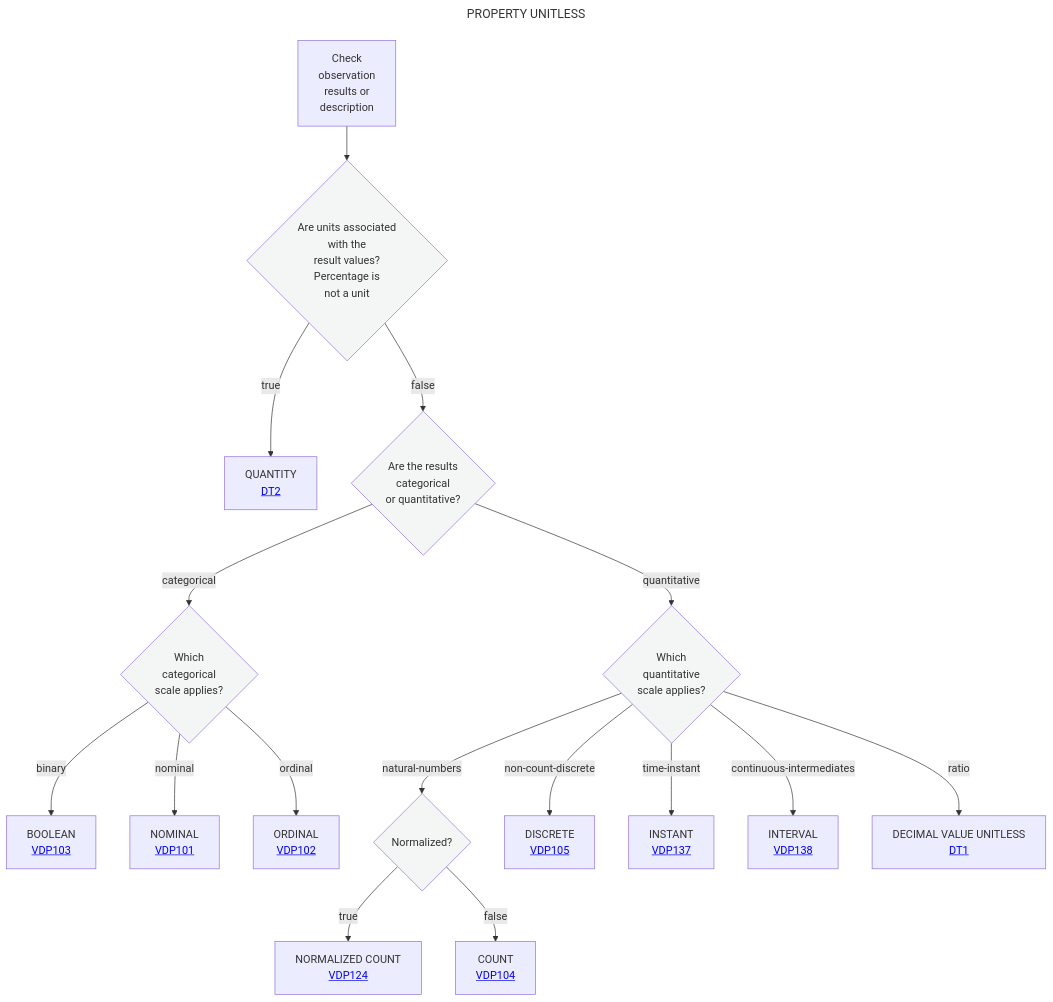
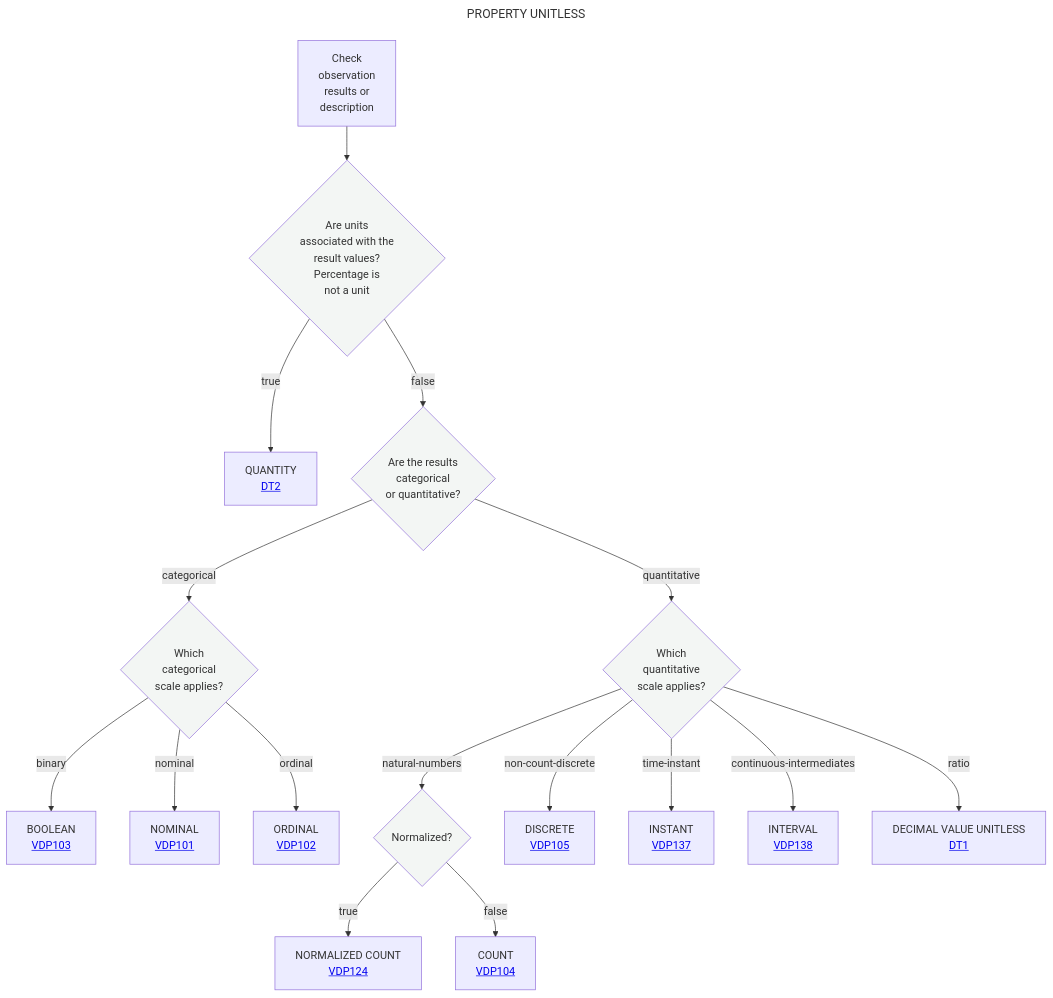
Before and after one commit to mabablue/I-ADOPT-patterns-playground: the diagram in Decisition_trees/DT0.mmd, drawn with Mermaid.

Commit message:
Fix wording in decision tree observation check

```diff
--- a/Decisition_trees/DT0.mmd
+++ b/Decisition_trees/DT0.mmd
@@ -1,30 +1,30 @@
 ---
 title: PROPERTY UNITLESS
 ---
 flowchart TD
-    A[Check <br> observation <br> results or <br> description] --> B{Are units associated <br> with the <br> result values? <br> Percentage is <br> not a unit}:::white
+    A[Check <br> observation <br> results or <br> description] --> B{Are units  <br> associated with the <br> result values? <br> Percentage is <br> not a unit}:::white
     
     %% Branch: Units Present -> QUANTITY (Ratio Scale with Units)
     B --> |true|N[QUANTITY <br> <a href='https://github.com/mabablue/I-ADOPT-patterns-playground/blob/main/Decisition_trees/DT2.mmd'>DT2</a><br>]
     
     %% Branch: Unitless Path
     B --> |false|C{Are the results <br> categorical <br> or quantitative?}:::white
     
     %% Categorical Branch (Binary, Nominal, Ordinal)
     C -- categorical --> D{Which <br> categorical <br> scale applies?}:::white
     D -- binary --> E[BOOLEAN <br> <a href='https://github.com/mabablue/I-ADOPT-patterns-playground/blob/main/pattern/VDP103.yaml'>VDP103</a><br>]
     D -- nominal -->F[NOMINAL <br> <a href='https://github.com/mabablue/I-ADOPT-patterns-playground/blob/main/pattern/VDP101.yaml'>VDP101</a><br>]
     D -- ordinal -->G[ORDINAL <br> <a href='https://github.com/mabablue/I-ADOPT-patterns-playground/blob/main/pattern/VDP102.yaml'>VDP102</a><br>]
     C -- quantitative -->H{Which <br> quantitative <br> scale applies?}:::white
     H -- natural-numbers -->I{Normalized?}:::white
     I --> |true|Q[NORMALIZED COUNT <br> <a href='https://github.com/mabablue/I-ADOPT-patterns-playground/blob/main/pattern/VDP124.yaml'>VDP124</a><br>]
     I --> |false|P[COUNT <br> <a href='https://github.com/mabablue/I-ADOPT-patterns-playground/blob/main/pattern/VDP104.yaml'>VDP104</a><br>]
     H -- non-count-discrete -->O[DISCRETE <br> <a href='https://github.com/mabablue/I-ADOPT-patterns-playground/blob/main/pattern/VDP104.yaml'>VDP105</a><br>]
     H -- time-instant -->K[INSTANT <br> <a href='https://github.com/mabablue/I-ADOPT-patterns-playground/blob/main/pattern/VDP137.yaml'>VDP137</a><br>]
     H -- continuous-intermediates -->L[INTERVAL <br> <a href='https://github.com/mabablue/I-ADOPT-patterns-playground/blob/main/pattern/VDP138.yaml'>VDP138</a><br>]
     H -- ratio -->M[DECIMAL VALUE UNITLESS <br> <a href='https://github.com/mabablue/I-ADOPT-patterns-playground/blob/main/Decisition_trees/DT1.mmd'>DT1</a><br>]
 
     classDef blue fill:#90D5FF
     classDef satblue fill:#57B9FF
     classDef white fill:#f3f6f4
     classDef green fill:#6aa84f
```
